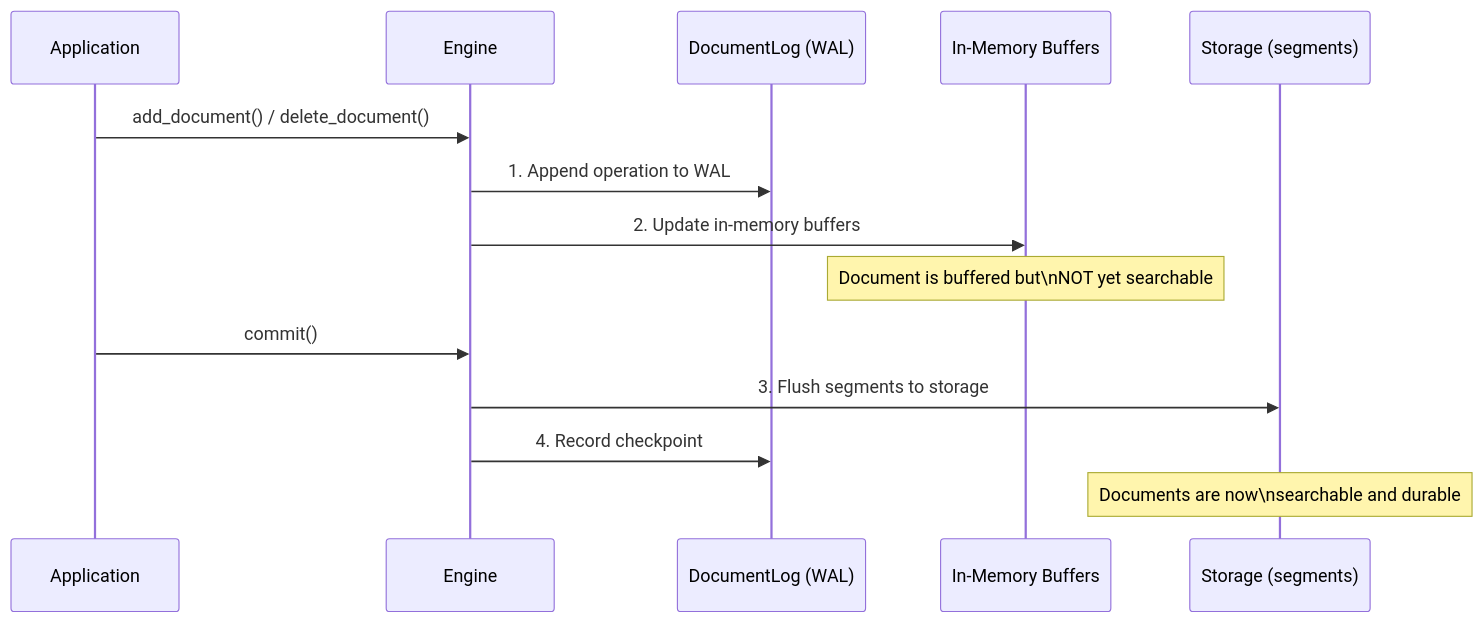
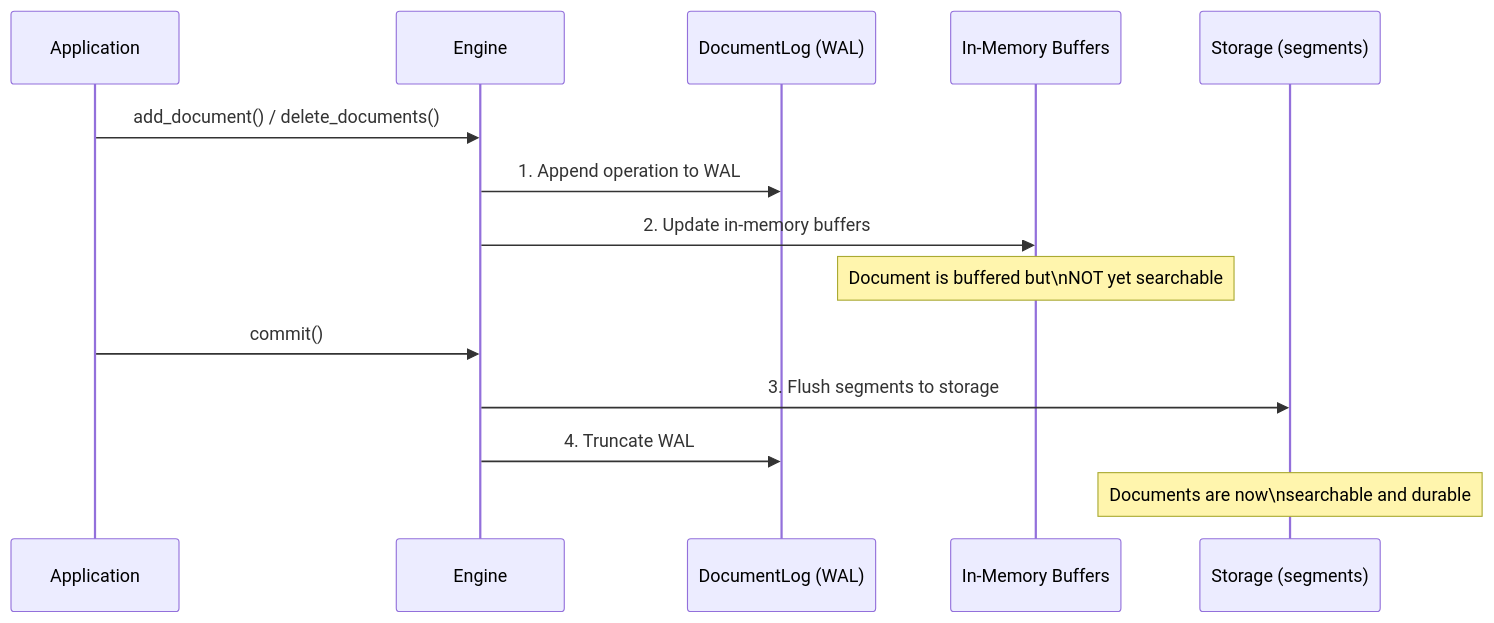
One commit to mosuka/iris changed the first of 2 diagrams in docs/src/advanced/persistence.md. Above: the diagram before and after it, drawn with Mermaid. The commit also changed other lines of this file and 15 other files, not shown here.

````diff
--- a/docs/src/advanced/persistence.md
+++ b/docs/src/advanced/persistence.md
@@ -7,19 +7,19 @@
 ```mermaid
 sequenceDiagram
     participant App as Application
     participant Engine
     participant WAL as DocumentLog (WAL)
     participant Mem as In-Memory Buffers
     participant Disk as Storage (segments)
 
-    App->>Engine: add_document() / delete_document()
+    App->>Engine: add_document() / delete_documents()
     Engine->>WAL: 1. Append operation to WAL
     Engine->>Mem: 2. Update in-memory buffers
 
     Note over Mem: Document is buffered but\nNOT yet searchable
 
     App->>Engine: commit()
     Engine->>Disk: 3. Flush segments to storage
-    Engine->>WAL: 4. Record checkpoint
+    Engine->>WAL: 4. Truncate WAL
     Note over Disk: Documents are now\nsearchable and durable
 ```
````
